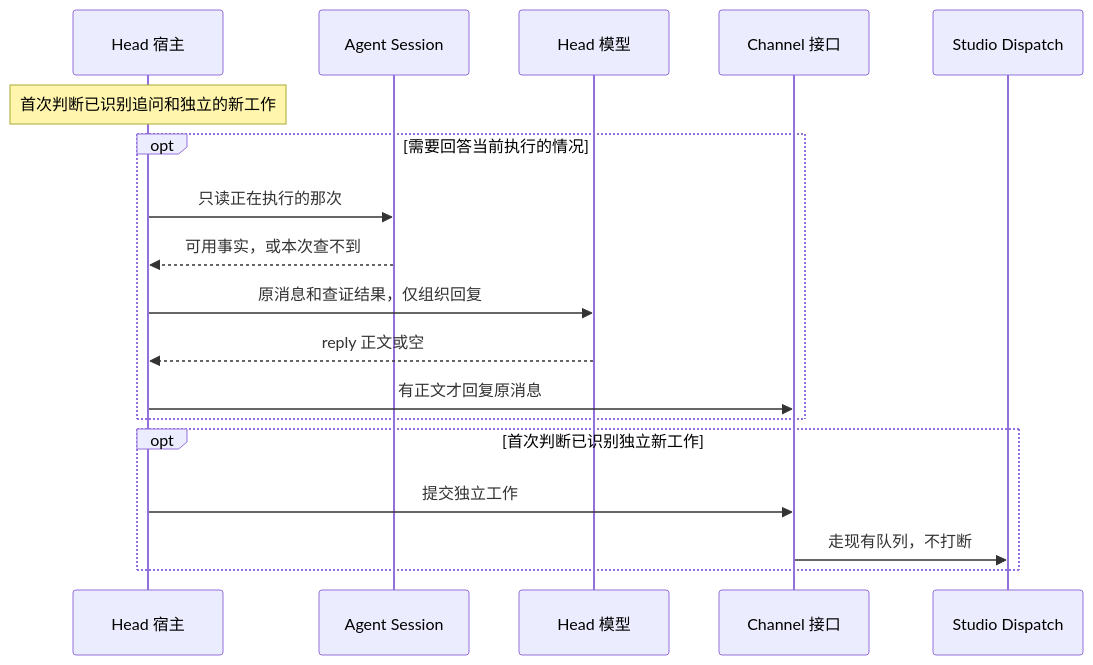
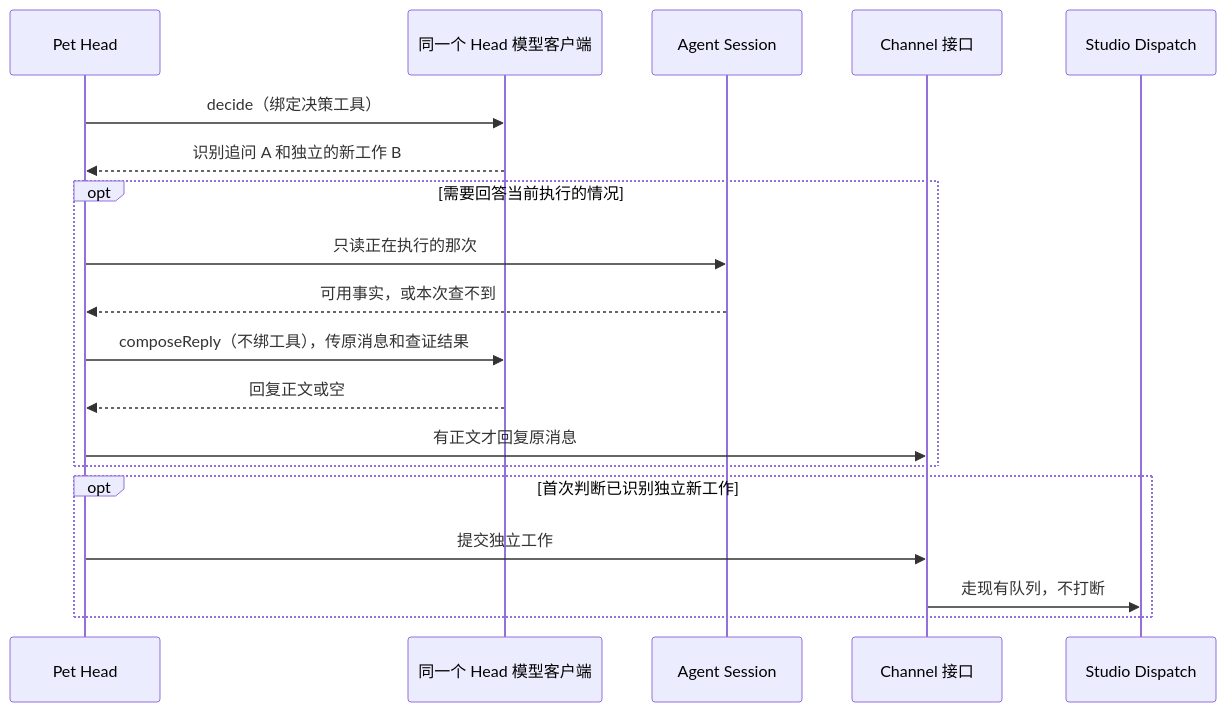
The fourth of 5 diagrams in docs/design/studio/pet-head-mechanism.md (pinpawo/pinpawo-agent), drawn with Mermaid before and after one commit. The commit also changed other lines of this file, not shown here.

Commit message:
docs(studio): align self-contained Pet Head design

````diff
--- a/docs/design/studio/pet-head-mechanism.md
+++ b/docs/design/studio/pet-head-mechanism.md
@@ -72,20 +93,21 @@
 ```mermaid
 sequenceDiagram
-    participant H as Head 宿主
+    participant H as Pet Head
+    participant M as 同一个 Head 模型客户端
     participant S as Agent Session
-    participant M as Head 模型
     participant C as Channel 接口
     participant D as Studio Dispatch
-    Note over H: 首次判断已识别追问和独立的新工作
+    H->>M: decide（绑定决策工具）
+    M-->>H: 识别追问 A 和独立的新工作 B
     opt 需要回答当前执行的情况
         H->>S: 只读正在执行的那次
         S-->>H: 可用事实，或本次查不到
-        H->>M: 原消息和查证结果，仅组织回复
-        M-->>H: reply 正文或空
+        H->>M: composeReply（不绑工具），传原消息和查证结果
+        M-->>H: 回复正文或空
         H->>C: 有正文才回复原消息
     end
     opt 首次判断已识别独立新工作
         H->>C: 提交独立工作
         C->>D: 走现有队列，不打断
     end
 ```
````
